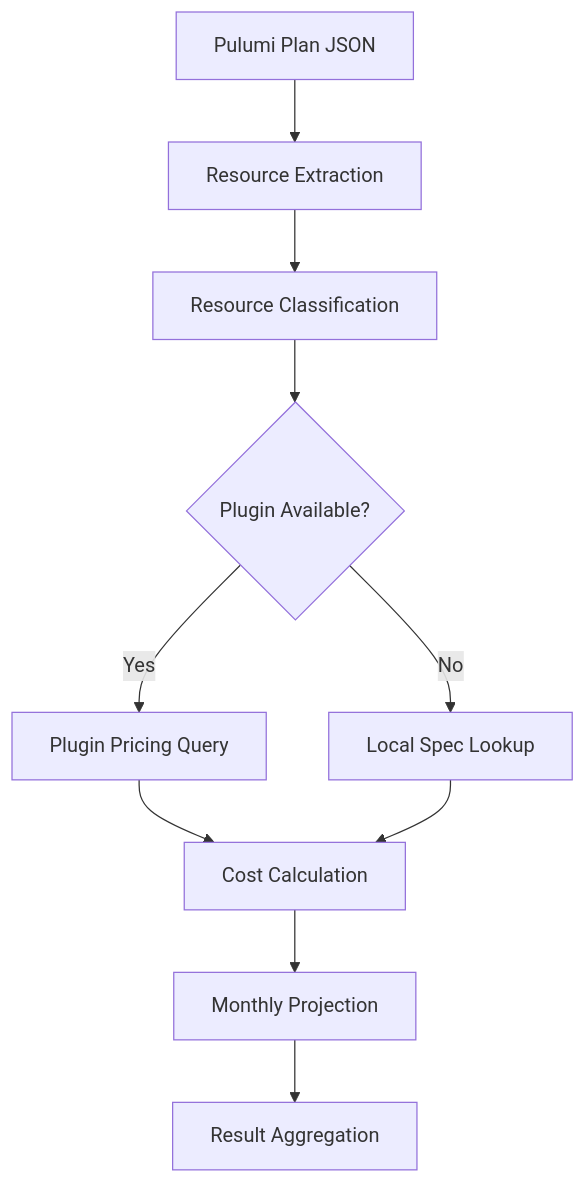
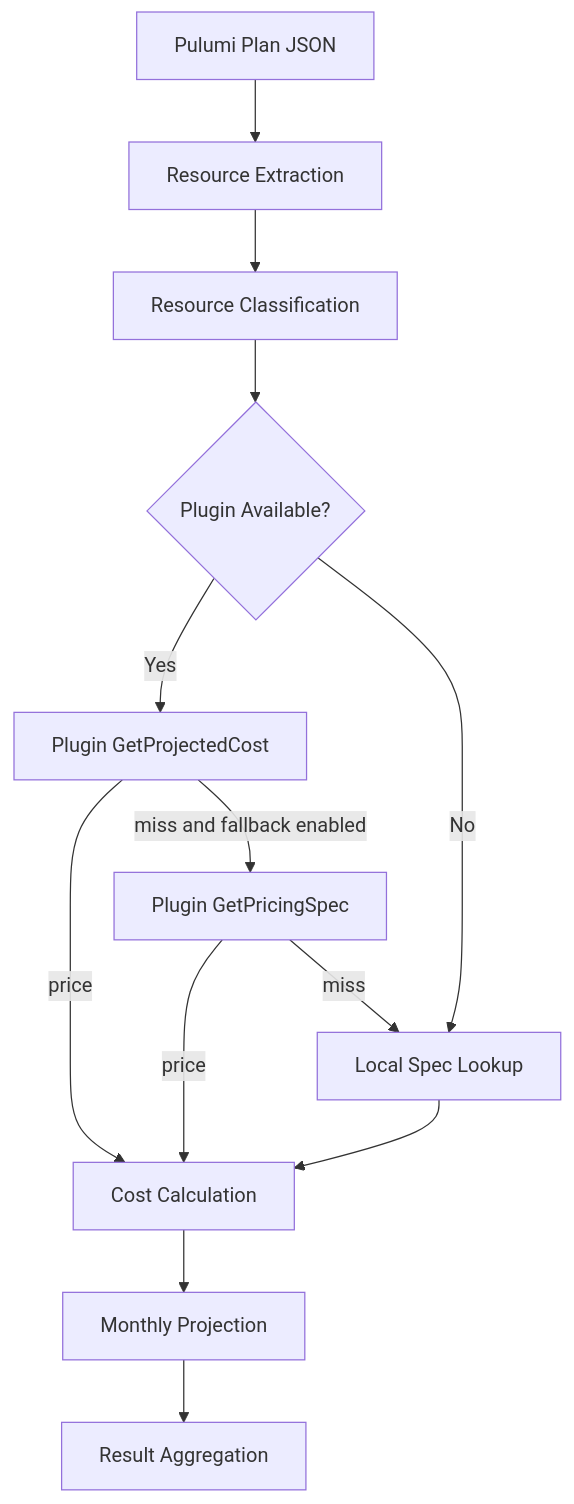
The first of 2 diagrams in docs/src/content/docs/cost-calculations.md (rshade/finfocus), drawn with Mermaid before and after one commit. The commit also changed other lines of this file and 18 other files, not shown here.

First line of the commit message:
feat(engine): price projected cost from plugin GetPricingSpec before YAML

````diff
--- a/docs/src/content/docs/cost-calculations.md
+++ b/docs/src/content/docs/cost-calculations.md
@@ -32,12 +32,15 @@
 ```mermaid
 graph TD
     A[Pulumi Plan JSON] --> B[Resource Extraction]
     B --> C[Resource Classification]
     C --> D{Plugin Available?}
-    D -->|Yes| E[Plugin Pricing Query]
+    D -->|Yes| E[Plugin GetProjectedCost]
     D -->|No| F[Local Spec Lookup]
-    E --> G[Cost Calculation]
+    E -->|price| G[Cost Calculation]
+    E -->|miss and fallback enabled| P[Plugin GetPricingSpec]
+    P -->|price| G
+    P -->|miss| F
     F --> G
     G --> H[Monthly Projection]
     H --> I[Result Aggregation]
 ```
````
